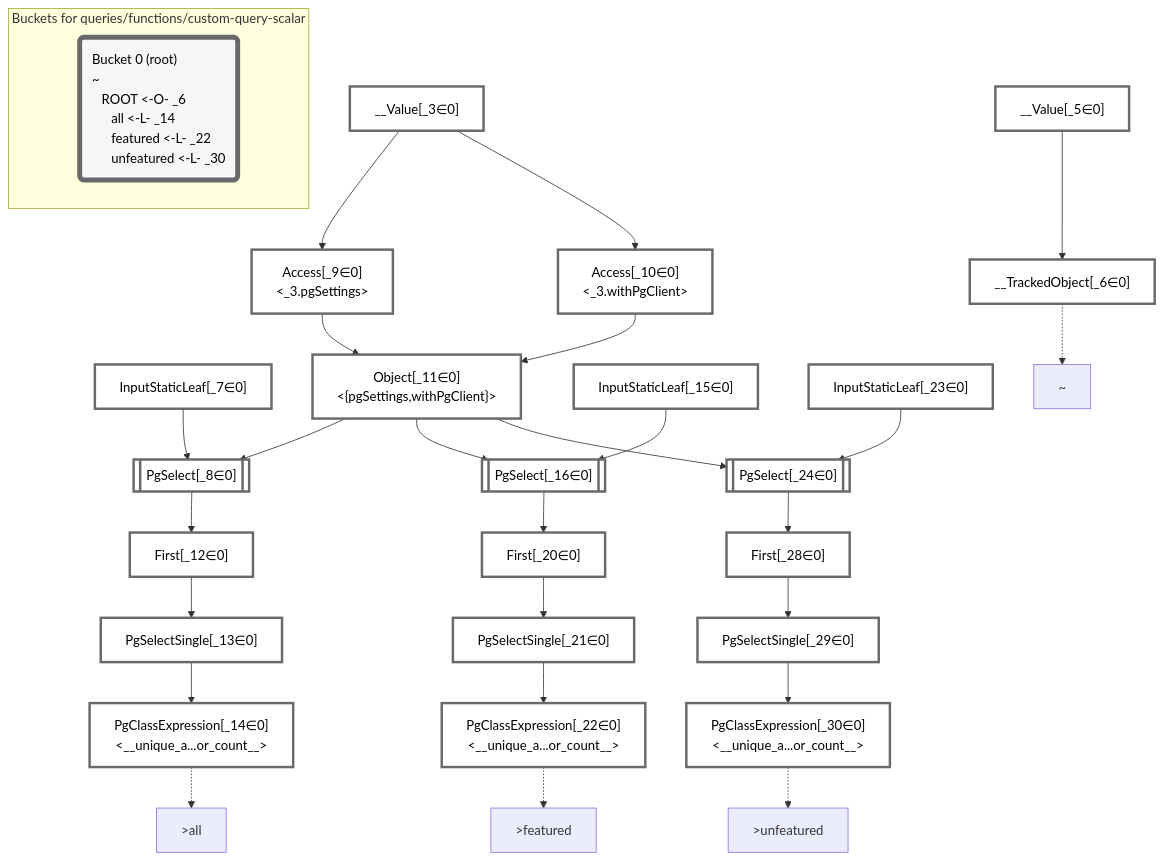
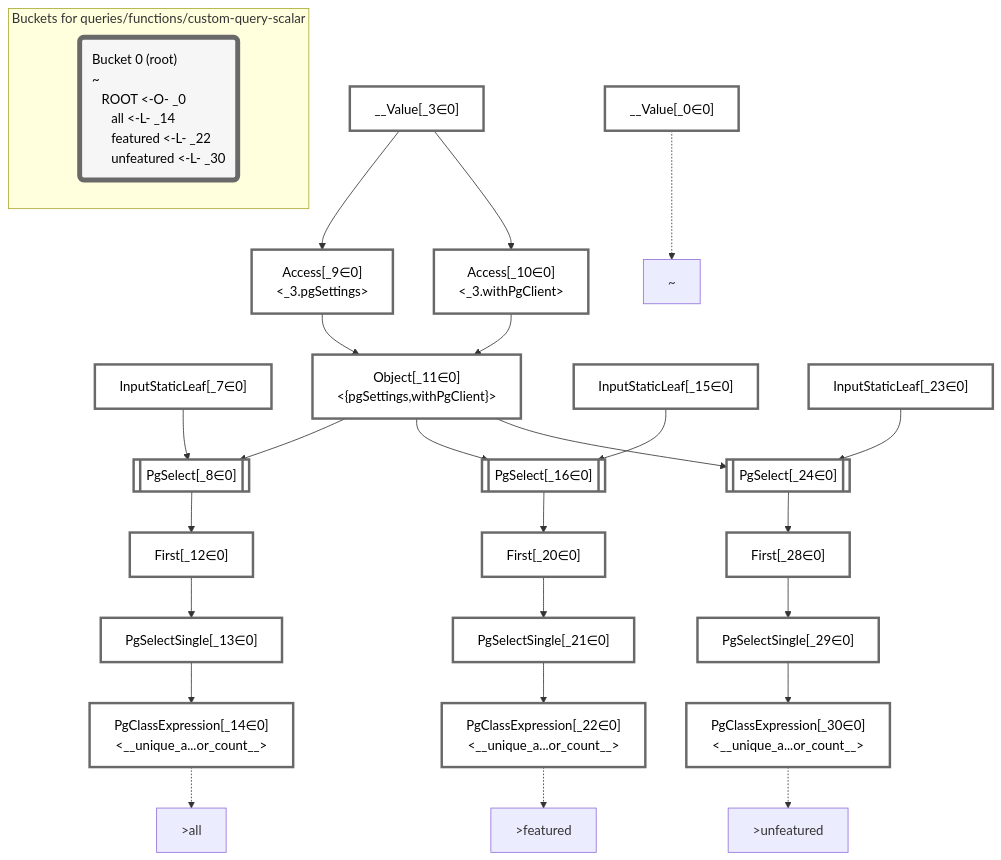
The diagram in packages/dataplan-pg/__tests__/queries/functions/custom-query-scalar.deopt.mermaid.md (graphile/crystal), drawn with Mermaid before and after one commit. The commit also changed 193 other files, not shown here.

Commit message:
Update test plan snapshots with new root plan

````diff
--- a/packages/dataplan-pg/__tests__/queries/functions/custom-query-scalar.deopt.mermaid.md
+++ b/packages/dataplan-pg/__tests__/queries/functions/custom-query-scalar.deopt.mermaid.md
@@ -1,73 +1,71 @@
 ```mermaid
 graph TD
     classDef path fill:#eee,stroke:#000,color:#000
     classDef plan fill:#fff,stroke-width:3px,color:#000
     classDef itemplan fill:#fff,stroke-width:6px,color:#000
     classDef sideeffectplan fill:#f00,stroke-width:6px,color:#000
     classDef bucket fill:#f6f6f6,color:#000,stroke-width:6px,text-align:left
 
 
     %% define plans
+    __Value_0["__Value[_0∈0]"]:::plan
     __Value_3["__Value[_3∈0]<br /><context>"]:::plan
-    __Value_5["__Value[_5∈0]<br /><rootValue>"]:::plan
-    __TrackedObject_6["__TrackedObject[_6∈0]"]:::plan
     InputStaticLeaf_7["InputStaticLeaf[_7∈0]"]:::plan
     PgSelect_8[["PgSelect[_8∈0]<br /><unique_author_count>"]]:::plan
     Access_9["Access[_9∈0]<br /><_3.pgSettings>"]:::plan
     Access_10["Access[_10∈0]<br /><_3.withPgClient>"]:::plan
     Object_11["Object[_11∈0]<br /><{pgSettings,withPgClient}>"]:::plan
     First_12["First[_12∈0]"]:::plan
     PgSelectSingle_13["PgSelectSingle[_13∈0]<br /><unique_author_count>"]:::plan
     PgClassExpression_14["PgClassExpression[_14∈0]<br /><__unique_a...or_count__>"]:::plan
     InputStaticLeaf_15["InputStaticLeaf[_15∈0]"]:::plan
     PgSelect_16[["PgSelect[_16∈0]<br /><unique_author_count>"]]:::plan
     First_20["First[_20∈0]"]:::plan
     PgSelectSingle_21["PgSelectSingle[_21∈0]<br /><unique_author_count>"]:::plan
     PgClassExpression_22["PgClassExpression[_22∈0]<br /><__unique_a...or_count__>"]:::plan
     InputStaticLeaf_23["InputStaticLeaf[_23∈0]"]:::plan
     PgSelect_24[["PgSelect[_24∈0]<br /><unique_author_count>"]]:::plan
     First_28["First[_28∈0]"]:::plan
     PgSelectSingle_29["PgSelectSingle[_29∈0]<br /><unique_author_count>"]:::plan
     PgClassExpression_30["PgClassExpression[_30∈0]<br /><__unique_a...or_count__>"]:::plan
 
     %% plan dependencies
-    __Value_5 --> __TrackedObject_6
     Object_11 --> PgSelect_8
     InputStaticLeaf_7 --> PgSelect_8
     __Value_3 --> Access_9
     __Value_3 --> Access_10
     Access_9 --> Object_11
     Access_10 --> Object_11
     PgSelect_8 --> First_12
     First_12 --> PgSelectSingle_13
     PgSelectSingle_13 --> PgClassExpression_14
     Object_11 --> PgSelect_16
     InputStaticLeaf_15 --> PgSelect_16
     PgSelect_16 --> First_20
     First_20 --> PgSelectSingle_21
     PgSelectSingle_21 --> PgClassExpression_22
     Object_11 --> PgSelect_24
     InputStaticLeaf_23 --> PgSelect_24
     PgSelect_24 --> First_28
     First_28 --> PgSelectSingle_29
     PgSelectSingle_29 --> PgClassExpression_30
 
     %% plan-to-path relationships
-    P_6["~"]
-    __TrackedObject_6 -.-> P_6
+    P_0["~"]
+    __Value_0 -.-> P_0
     P_14[">all"]
     PgClassExpression_14 -.-> P_14
     P_22[">featured"]
     PgClassExpression_22 -.-> P_22
     P_30[">unfeatured"]
     PgClassExpression_30 -.-> P_30
 
     %% allocate buckets
     classDef bucket0 stroke:#696969
-    class __Value_3,__Value_5,__TrackedObject_6,InputStaticLeaf_7,PgSelect_8,Access_9,Access_10,Object_11,First_12,PgSelectSingle_13,PgClassExpression_14,InputStaticLeaf_15,PgSelect_16,First_20,PgSelectSingle_21,PgClassExpression_22,InputStaticLeaf_23,PgSelect_24,First_28,PgSelectSingle_29,PgClassExpression_30 bucket0
+    class __Value_0,__Value_3,InputStaticLeaf_7,PgSelect_8,Access_9,Access_10,Object_11,First_12,PgSelectSingle_13,PgClassExpression_14,InputStaticLeaf_15,PgSelect_16,First_20,PgSelectSingle_21,PgClassExpression_22,InputStaticLeaf_23,PgSelect_24,First_28,PgSelectSingle_29,PgClassExpression_30 bucket0
 
     subgraph "Buckets for queries/functions/custom-query-scalar"
-    Bucket0("Bucket 0 (root)<br />~<br />⠀ROOT <-O- _6<br />⠀⠀all <-L- _14<br />⠀⠀featured <-L- _22<br />⠀⠀unfeatured <-L- _30"):::bucket
+    Bucket0("Bucket 0 (root)<br />~<br />⠀ROOT <-O- _0<br />⠀⠀all <-L- _14<br />⠀⠀featured <-L- _22<br />⠀⠀unfeatured <-L- _30"):::bucket
     style Bucket0 stroke:#696969
     end
 ```
````
